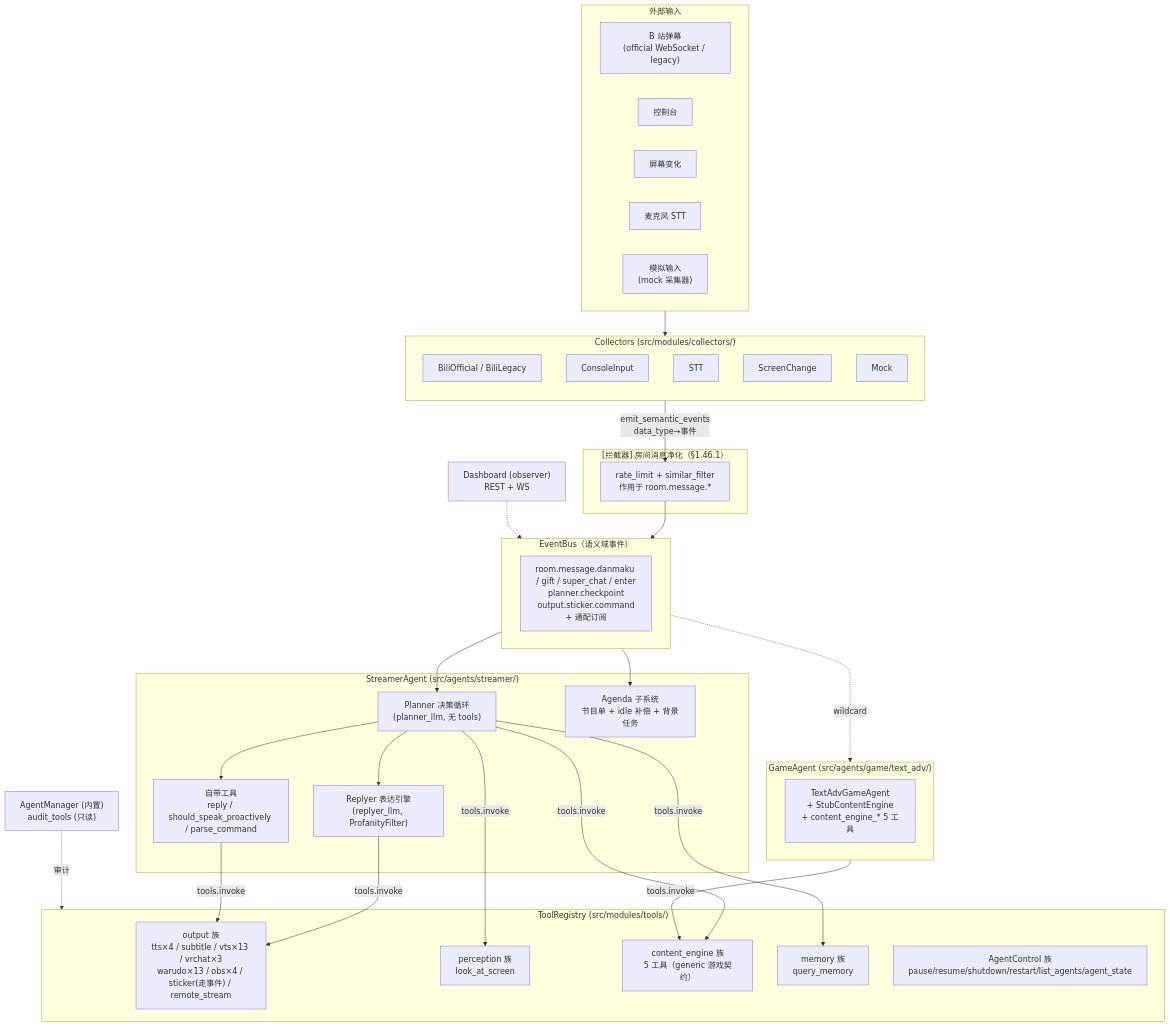
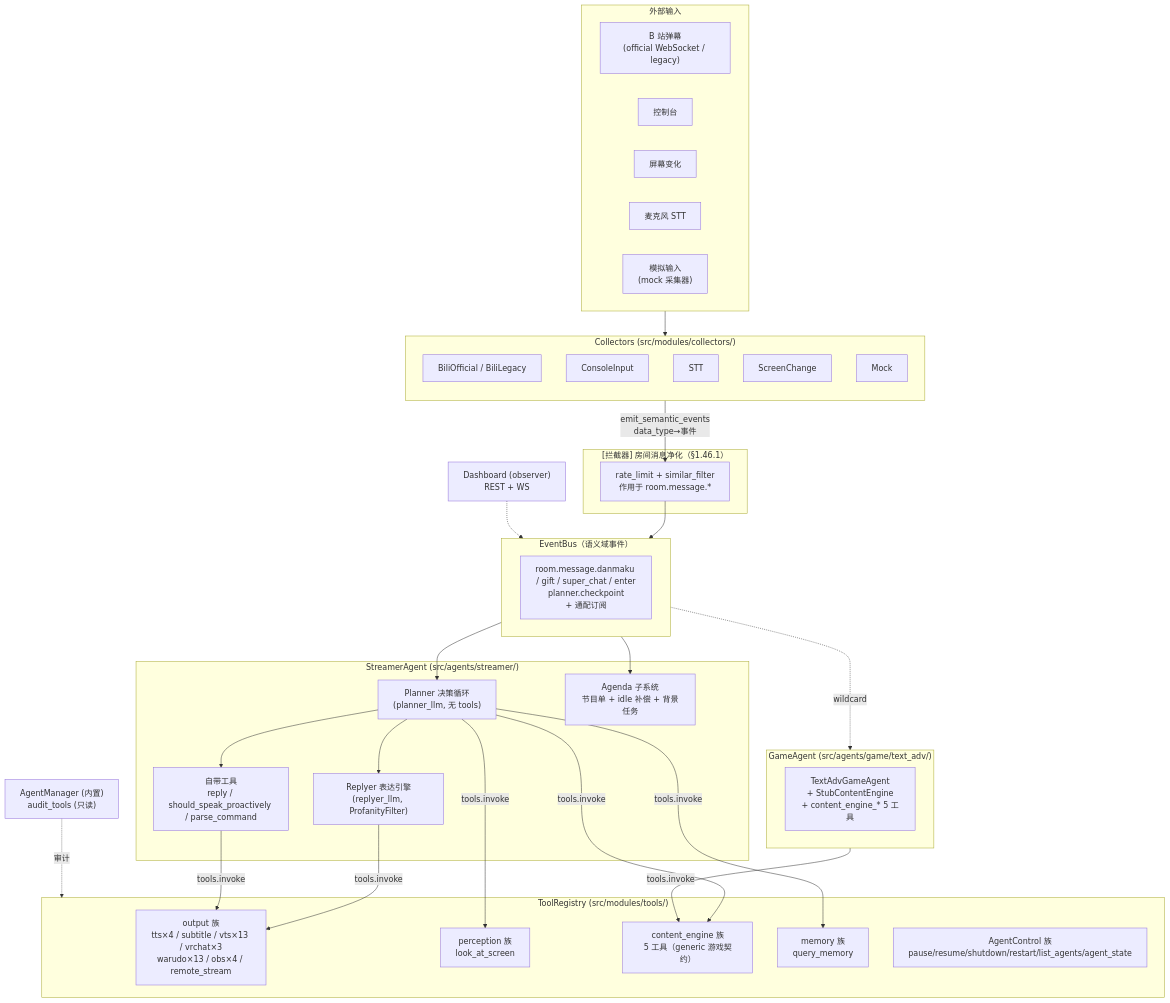
One commit to Mai-with-u/Amaidesu changed the first of 3 diagrams in docs/architecture/overview.md. Above: the diagram before and after it, drawn with Mermaid. The commit also changed other lines of this file and 17 other files, not shown here.

Commit message:
refactor(output): 砍除 Sticker 事件链——VTS 解除空转订阅（审计 C1）

````diff
--- a/docs/architecture/overview.md
+++ b/docs/architecture/overview.md
@@ -9,63 +9,63 @@
 ```mermaid
 flowchart TB
     subgraph Ext["外部输入"]
         Bili["B 站弹幕<br/>(official WebSocket / legacy)"]
         Cons["控制台"]
         Screen["屏幕变化"]
         Mic["麦克风 STT"]
         Mock["模拟输入<br/>(mock 采集器)"]
     end
 
     subgraph Collectors["Collectors (src/modules/collectors/)"]
         direction TB
         CBili["BiliOfficial / BiliLegacy"]
         CCons["ConsoleInput"]
         CMic["STT"]
         CScreen["ScreenChange"]
         CMock["Mock"]
     end
 
     subgraph Interceptors["[拦截器] 房间消息净化（§1.46.1）"]
         INT["rate_limit + similar_filter<br/>作用于 room.message.*"]
     end
 
     subgraph Bus["EventBus（语义域事件）"]
-        EB["room.message.danmaku / gift / super_chat / enter<br/>planner.checkpoint<br/>output.sticker.command<br/>+ 通配订阅"]
+        EB["room.message.danmaku / gift / super_chat / enter<br/>planner.checkpoint<br/>+ 通配订阅"]
     end
 
     subgraph Streamer["StreamerAgent (src/agents/streamer/)"]
         Planner["Planner 决策循环<br/>(planner_llm, 无 tools)"]
         Reply["Replyer 表达引擎<br/>(replyer_llm, ProfanityFilter)"]
         Agenda["Agenda 子系统<br/>节目单 + idle 补偿 + 背景任务"]
         Tools["自带工具<br/>reply / should_speak_proactively / parse_command"]
     end
 
     subgraph Game["GameAgent (src/agents/game/text_adv/)"]
         TextAdv["TextAdvGameAgent<br/>+ StubContentEngine<br/>+ content_engine_* 5 工具"]
     end
 
     subgraph Registry["ToolRegistry (src/modules/tools/)"]
-        Out["output 族<br/>tts×4 / subtitle / vts×13 / vrchat×3<br/>warudo×13 / obs×4 / sticker(走事件) / remote_stream"]
+        Out["output 族<br/>tts×4 / subtitle / vts×13 / vrchat×3<br/>warudo×13 / obs×4 / remote_stream"]
         Per["perception 族<br/>look_at_screen"]
         CE["content_engine 族<br/>5 工具（generic 游戏契约）"]
         Mem["memory 族<br/>query_memory"]
         Ctrl["AgentControl 族<br/>pause/resume/shutdown/restart/list_agents/agent_state"]
     end
 
     Ext --> Collectors
     Collectors -->|"emit_semantic_events<br/>data_type→事件"| INT
     INT --> Bus
     Bus --> Planner
     Bus --> Agenda
     Planner --> Reply
     Planner --> Tools
     Reply -->|tools.invoke| Out
     Tools -->|tools.invoke| Out
     Planner -->|tools.invoke| CE
     Planner -->|tools.invoke| Per
     Planner -->|tools.invoke| Mem
     Bus -.->|wildcard| Game
     Game -->|tools.invoke| CE
     Manager["AgentManager (内置)<br/>audit_tools (只读)"] -.->|审计| Registry
     Dashboard["Dashboard (observer)<br/>REST + WS"] -.-> Bus
 ```
````
